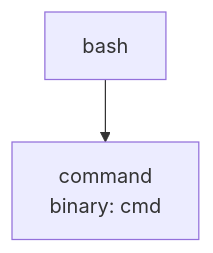
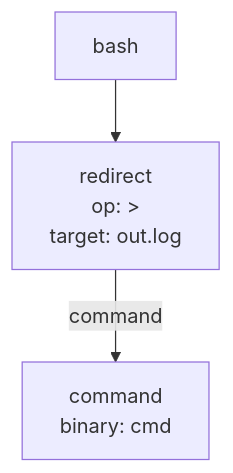
Before and after one commit to ashleydavis/expressive-permissions: the diagram in examples/ast/bash-redirect-stdout/index.md, drawn with Mermaid. The commit also changed 131 other files, not shown here.

````diff
--- a/examples/ast/bash-redirect-stdout/index.md
+++ b/examples/ast/bash-redirect-stdout/index.md
@@ -11,6 +11,8 @@
 ```mermaid
 graph TD
   n0["bash"]
-  n1["command<br/>binary: cmd"]
+  n1["redirect<br/>op: &gt;<br/>target: out.log"]
+  n2["command<br/>binary: cmd"]
+  n1 -->|command| n2
   n0 --> n1
 ```
````
